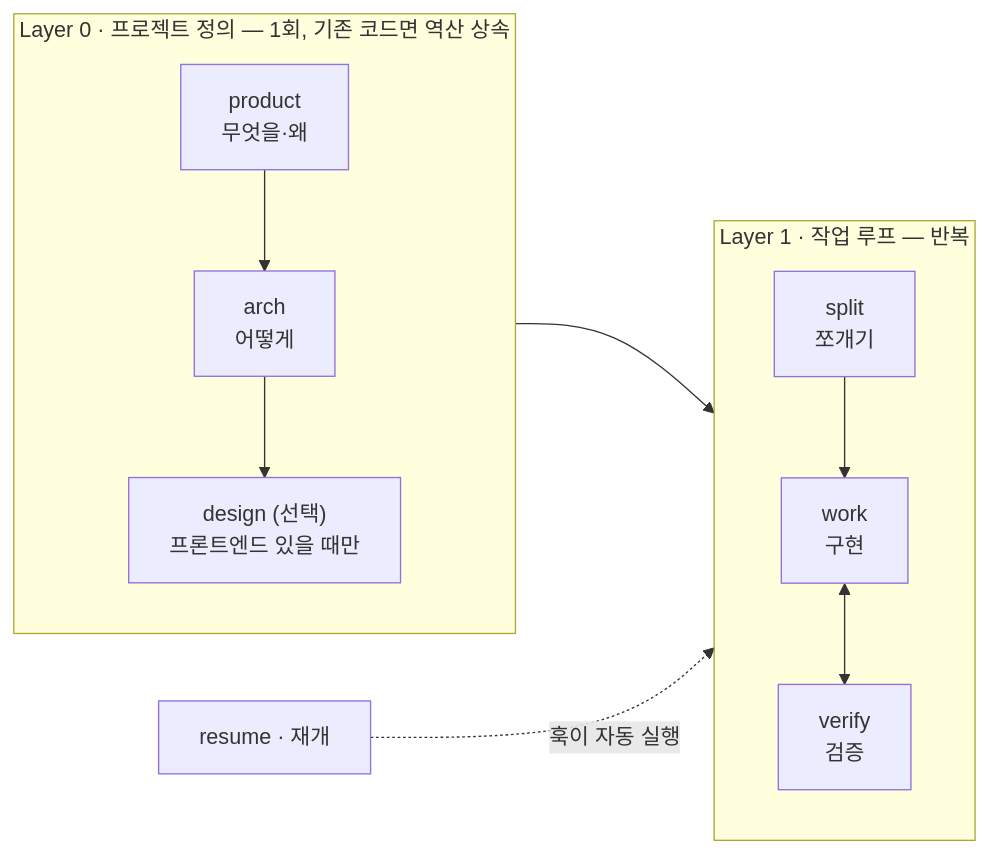
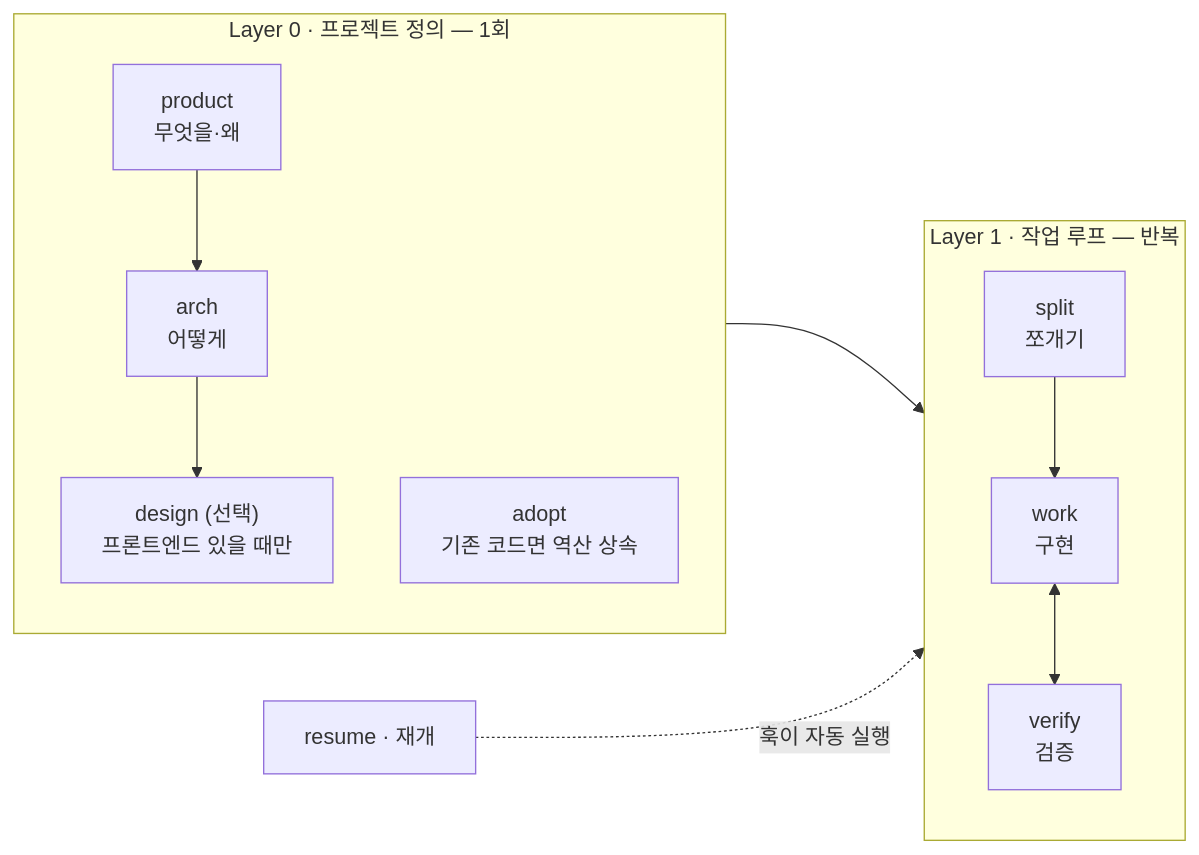
The first of 4 diagrams in README_ko.md (nanomia-ai/devflow), drawn with Mermaid before and after one commit. The commit also changed other lines of this file and 28 other files, not shown here.

````diff
--- a/README_ko.md
+++ b/README_ko.md
@@ -39,11 +39,12 @@
 ```mermaid
 flowchart LR
-    subgraph L0["Layer 0 · 프로젝트 정의 — 1회, 기존 코드면 역산 상속"]
+    subgraph L0["Layer 0 · 프로젝트 정의 — 1회"]
         P[product<br>무엇을·왜] --> A[arch<br>어떻게] --> D["design (선택)<br>프론트엔드 있을 때만"]
+        AD["adopt<br>기존 코드면 역산 상속"]
     end
     subgraph L1["Layer 1 · 작업 루프 — 반복"]
         S[split<br>쪼개기] --> W[work<br>구현] <--> V[verify<br>검증]
     end
     L0 --> L1
     R[resume · 재개] -.->|훅이 자동 실행| L1
 ```
````
